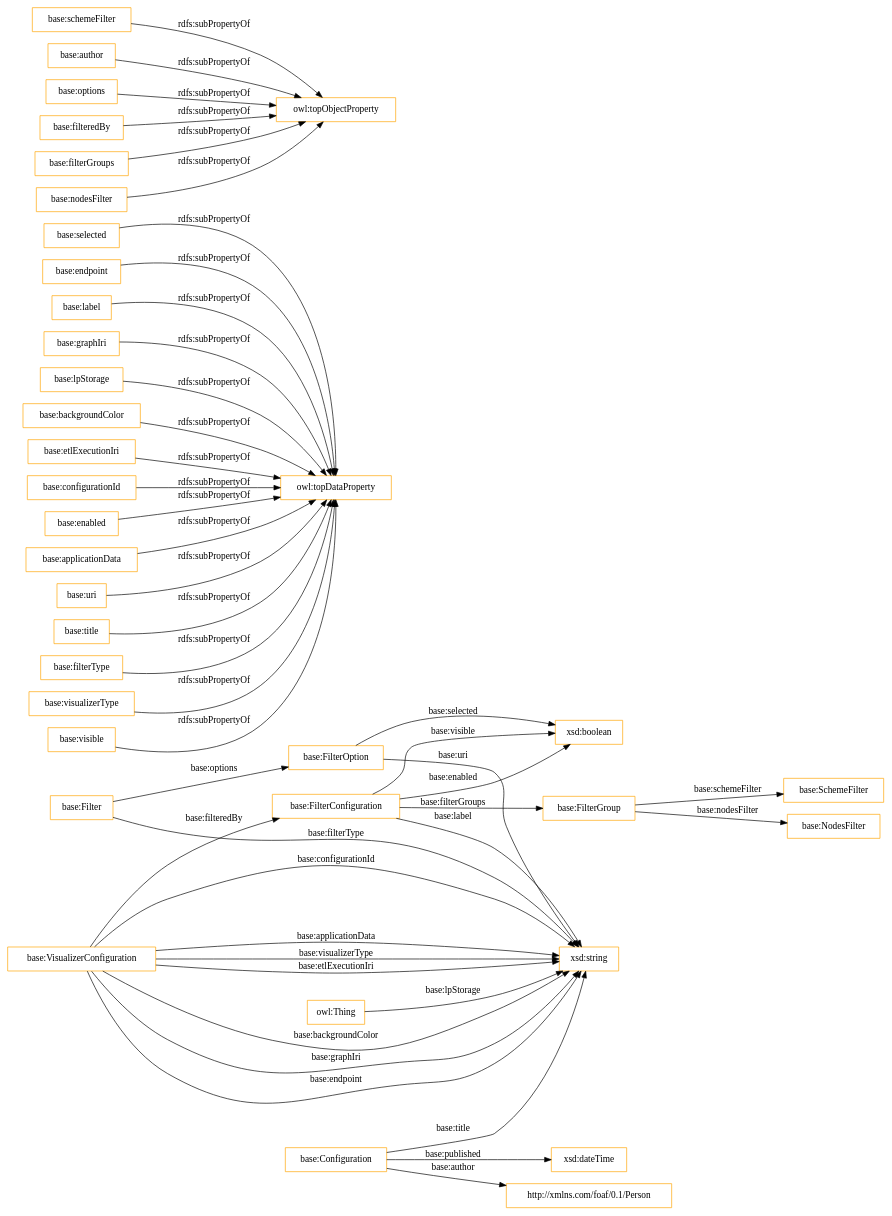
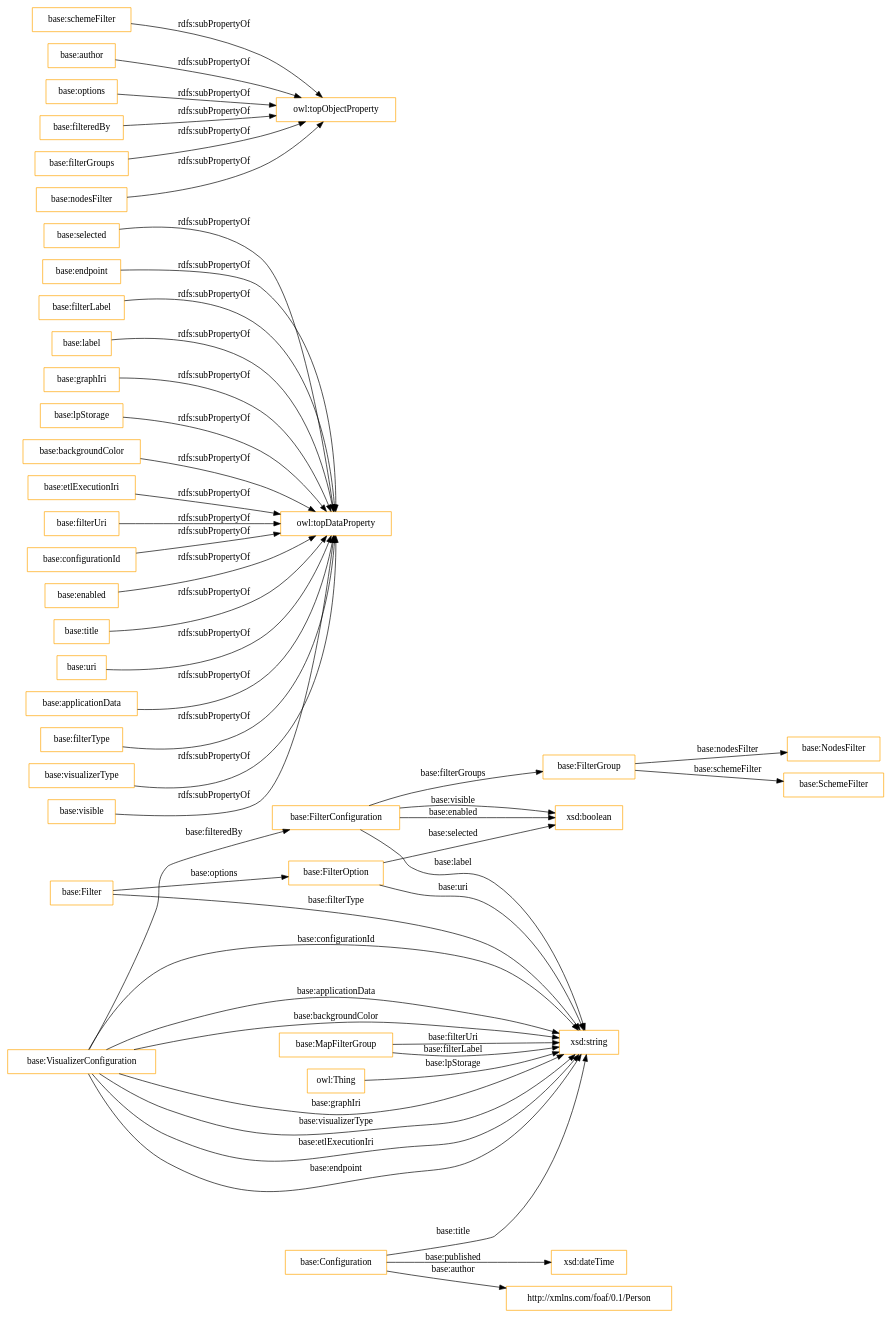
Before and after one commit to OnToologyUser/linkedpipes_applications_ontology: the diagram in OnToology/lpapps.owl/diagrams/ar2dtool-class/lpapps.owl.png.dot, drawn with Graphviz. The commit also changed 13 other files, not shown here.

```diff
--- a/OnToology/lpapps.owl/diagrams/ar2dtool-class/lpapps.owl.png.dot
+++ b/OnToology/lpapps.owl/diagrams/ar2dtool-class/lpapps.owl.png.dot
@@ -1,49 +1,53 @@
 digraph ar2dtool_diagram { 
 rankdir=LR;
 size="1501"
-node [shape = rectangle, color="orange"]; "base:VisualizerConfiguration" "base:SchemeFilter" "base:NodesFilter" "base:FilterOption" "base:FilterGroup" "base:FilterConfiguration" "base:Filter" "base:Configuration" "http://xmlns.com/foaf/0.1/Person" ; /*classes style*/
+node [shape = rectangle, color="orange"]; "base:VisualizerConfiguration" "base:FilterGroup" "base:FilterOption" "base:NodesFilter" "base:Filter" "base:SchemeFilter" "http://xmlns.com/foaf/0.1/Person" "base:MapFilterGroup" "base:FilterConfiguration" "base:Configuration" ; /*classes style*/
 	"base:selected" -> "owl:topDataProperty" [ label = "rdfs:subPropertyOf" ];
 	"base:schemeFilter" -> "owl:topObjectProperty" [ label = "rdfs:subPropertyOf" ];
 	"base:author" -> "owl:topObjectProperty" [ label = "rdfs:subPropertyOf" ];
 	"base:endpoint" -> "owl:topDataProperty" [ label = "rdfs:subPropertyOf" ];
+	"base:filterLabel" -> "owl:topDataProperty" [ label = "rdfs:subPropertyOf" ];
 	"base:label" -> "owl:topDataProperty" [ label = "rdfs:subPropertyOf" ];
 	"base:graphIri" -> "owl:topDataProperty" [ label = "rdfs:subPropertyOf" ];
 	"base:options" -> "owl:topObjectProperty" [ label = "rdfs:subPropertyOf" ];
 	"base:lpStorage" -> "owl:topDataProperty" [ label = "rdfs:subPropertyOf" ];
 	"base:filteredBy" -> "owl:topObjectProperty" [ label = "rdfs:subPropertyOf" ];
 	"base:filterGroups" -> "owl:topObjectProperty" [ label = "rdfs:subPropertyOf" ];
 	"base:backgroundColor" -> "owl:topDataProperty" [ label = "rdfs:subPropertyOf" ];
 	"base:etlExecutionIri" -> "owl:topDataProperty" [ label = "rdfs:subPropertyOf" ];
+	"base:filterUri" -> "owl:topDataProperty" [ label = "rdfs:subPropertyOf" ];
 	"base:configurationId" -> "owl:topDataProperty" [ label = "rdfs:subPropertyOf" ];
 	"base:enabled" -> "owl:topDataProperty" [ label = "rdfs:subPropertyOf" ];
+	"base:title" -> "owl:topDataProperty" [ label = "rdfs:subPropertyOf" ];
+	"base:uri" -> "owl:topDataProperty" [ label = "rdfs:subPropertyOf" ];
 	"base:applicationData" -> "owl:topDataProperty" [ label = "rdfs:subPropertyOf" ];
 	"base:nodesFilter" -> "owl:topObjectProperty" [ label = "rdfs:subPropertyOf" ];
-	"base:uri" -> "owl:topDataProperty" [ label = "rdfs:subPropertyOf" ];
-	"base:title" -> "owl:topDataProperty" [ label = "rdfs:subPropertyOf" ];
 	"base:filterType" -> "owl:topDataProperty" [ label = "rdfs:subPropertyOf" ];
 	"base:visualizerType" -> "owl:topDataProperty" [ label = "rdfs:subPropertyOf" ];
 	"base:visible" -> "owl:topDataProperty" [ label = "rdfs:subPropertyOf" ];
 	"owl:Thing" -> "xsd:string" [ label = "base:lpStorage" ];
 	"base:VisualizerConfiguration" -> "base:FilterConfiguration" [ label = "base:filteredBy" ];
 	"base:FilterOption" -> "xsd:string" [ label = "base:uri" ];
 	"base:VisualizerConfiguration" -> "xsd:string" [ label = "base:backgroundColor" ];
 	"base:Configuration" -> "xsd:string" [ label = "base:title" ];
 	"base:FilterConfiguration" -> "base:FilterGroup" [ label = "base:filterGroups" ];
 	"base:FilterGroup" -> "base:NodesFilter" [ label = "base:nodesFilter" ];
 	"base:FilterConfiguration" -> "xsd:boolean" [ label = "base:enabled" ];
+	"base:MapFilterGroup" -> "xsd:string" [ label = "base:filterLabel" ];
 	"base:FilterGroup" -> "base:SchemeFilter" [ label = "base:schemeFilter" ];
 	"base:VisualizerConfiguration" -> "xsd:string" [ label = "base:graphIri" ];
 	"base:VisualizerConfiguration" -> "xsd:string" [ label = "base:visualizerType" ];
 	"base:VisualizerConfiguration" -> "xsd:string" [ label = "base:etlExecutionIri" ];
 	"base:FilterConfiguration" -> "xsd:string" [ label = "base:label" ];
 	"base:VisualizerConfiguration" -> "xsd:string" [ label = "base:endpoint" ];
 	"base:Filter" -> "xsd:string" [ label = "base:filterType" ];
+	"base:MapFilterGroup" -> "xsd:string" [ label = "base:filterUri" ];
 	"base:VisualizerConfiguration" -> "xsd:string" [ label = "base:configurationId" ];
 	"base:VisualizerConfiguration" -> "xsd:string" [ label = "base:applicationData" ];
 	"base:Configuration" -> "http://xmlns.com/foaf/0.1/Person" [ label = "base:author" ];
 	"base:Filter" -> "base:FilterOption" [ label = "base:options" ];
 	"base:FilterOption" -> "xsd:boolean" [ label = "base:selected" ];
 	"base:FilterConfiguration" -> "xsd:boolean" [ label = "base:visible" ];
 	"base:Configuration" -> "xsd:dateTime" [ label = "base:published" ];
 
 }
```
